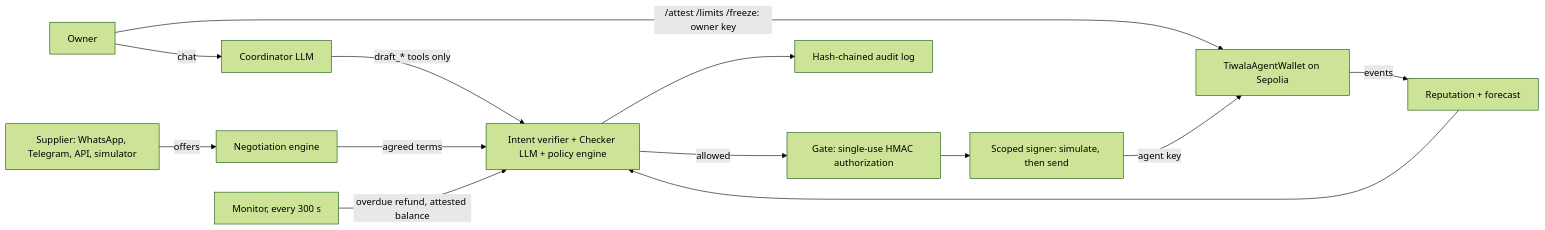
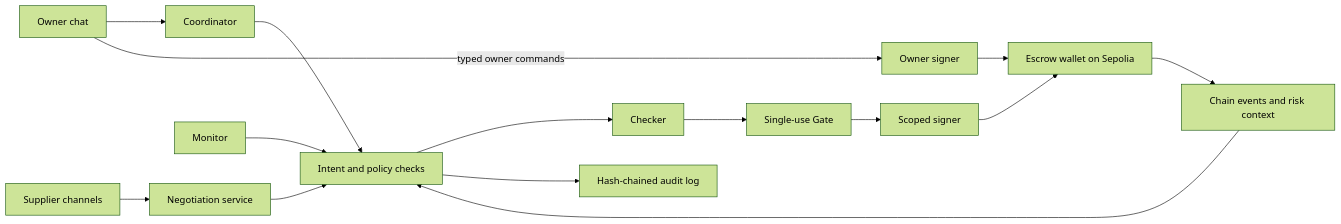
One commit to shaan8/TR8DE changed the first of 2 diagrams in docs/submission/1-technical-documentation.md. Above: the diagram before and after it, drawn with Mermaid (forest theme). The commit also changed other lines of this file and 1 other file, not shown here.

````diff
--- a/docs/submission/1-technical-documentation.md
+++ b/docs/submission/1-technical-documentation.md
@@ -29,15 +11,17 @@
 ```mermaid
 flowchart LR
-  O[Owner] -->|chat| C[Coordinator LLM]
-  O -->|"/attest /limits /freeze: owner key"| W
-  S[Supplier: WhatsApp, Telegram, API, simulator] -->|offers| N[Negotiation engine]
-  C -->|draft_* tools only| V
-  N -->|agreed terms| V
-  M[Monitor, every 300 s] -->|overdue refund, attested balance| V
-  V[Intent verifier + Checker LLM + policy engine] -->|allowed| G[Gate: single-use HMAC authorization]
-  G --> X[Scoped signer: simulate, then send]
-  X -->|agent key| W[TiwalaAgentWallet on Sepolia]
-  W -->|events| R[Reputation + forecast]
-  R --> V
-  V --> A[Hash-chained audit log]
+  O[Owner chat] --> C[Coordinator]
+  S[Supplier channels] --> N[Negotiation service]
+  M[Monitor] --> P[Intent and policy checks]
+  C --> P
+  N --> P
+  P --> K[Checker]
+  K --> G[Single-use Gate]
+  G --> X[Scoped signer]
+  X --> W[Escrow wallet on Sepolia]
+  O -->|typed owner commands| Y[Owner signer]
+  Y --> W
+  W --> R[Chain events and risk context]
+  R --> P
+  P --> A[Hash-chained audit log]
 ```
````
